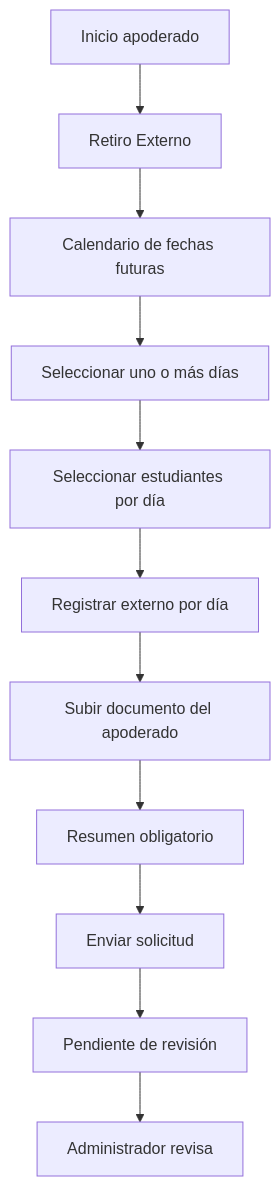
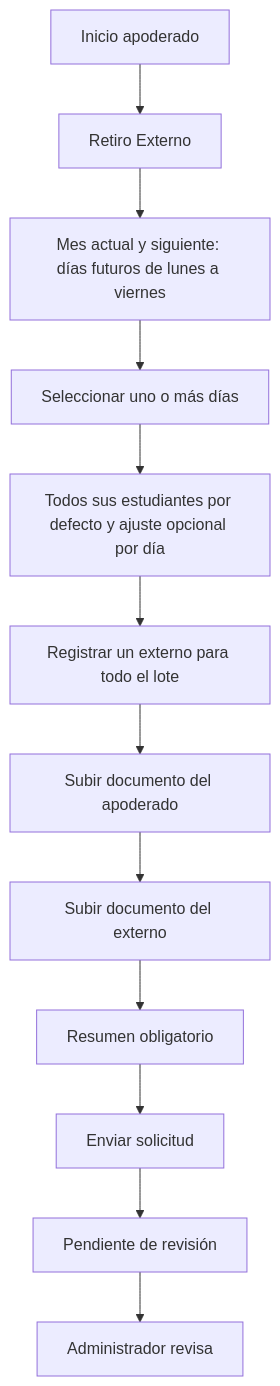
The third of 5 diagrams in docs/00-producto.md (kogekii/ProductEnginereeng), drawn with Mermaid before and after one commit. The commit also changed other lines of this file and 46 other files, not shown here.

````diff
--- a/docs/00-producto.md
+++ b/docs/00-producto.md
@@ -266,13 +263,14 @@
 ```mermaid
 flowchart TD
     A[Inicio apoderado] --> B[Retiro Externo]
-    B --> C[Calendario de fechas futuras]
+    B --> C[Mes actual y siguiente: días futuros de lunes a viernes]
     C --> D[Seleccionar uno o más días]
-    D --> E[Seleccionar estudiantes por día]
-    E --> F[Registrar externo por día]
+    D --> E[Todos sus estudiantes por defecto y ajuste opcional por día]
+    E --> F[Registrar un externo para todo el lote]
     F --> G[Subir documento del apoderado]
-    G --> H[Resumen obligatorio]
-    H --> I[Enviar solicitud]
+    G --> H[Subir documento del externo]
+    H --> R[Resumen obligatorio]
+    R --> I[Enviar solicitud]
     I --> J[Pendiente de revisión]
     J --> K[Administrador revisa]
 ```
````
